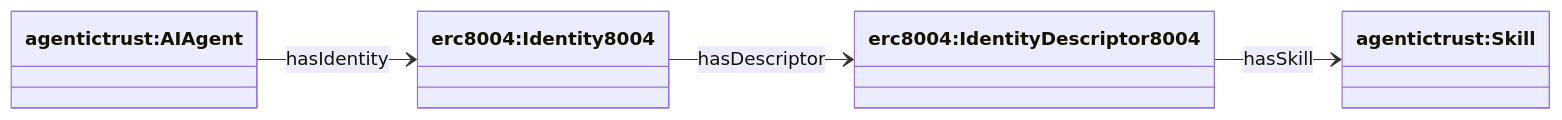
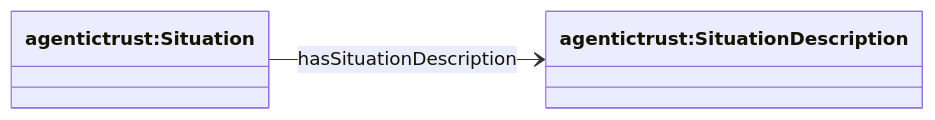
One commit to Agentic-Trust-Layer/agent-explorer changed the second of 4 diagrams in docs/ontology/description.md. Above: the diagram before and after it, drawn with Mermaid. The commit also changed other lines of this file and 8 other files, not shown here.

````diff
--- a/docs/ontology/description.md
+++ b/docs/ontology/description.md
@@ -125,13 +47,9 @@
 ```mermaid
 classDiagram
 direction LR
 
-class AIAgent["agentictrust:AIAgent"]
-class Identity8004["erc8004:Identity8004"]
-class IdentityDescriptor8004["erc8004:IdentityDescriptor8004"]
-class Skill["agentictrust:Skill"]
+class Situation["agentictrust:Situation"]
+class SituationDescription["agentictrust:SituationDescription"]
 
-AIAgent --> Identity8004 : hasIdentity
-Identity8004 --> IdentityDescriptor8004 : hasDescriptor
-IdentityDescriptor8004 --> Skill : hasSkill
+Situation --> SituationDescription : hasSituationDescription
 ```
````
